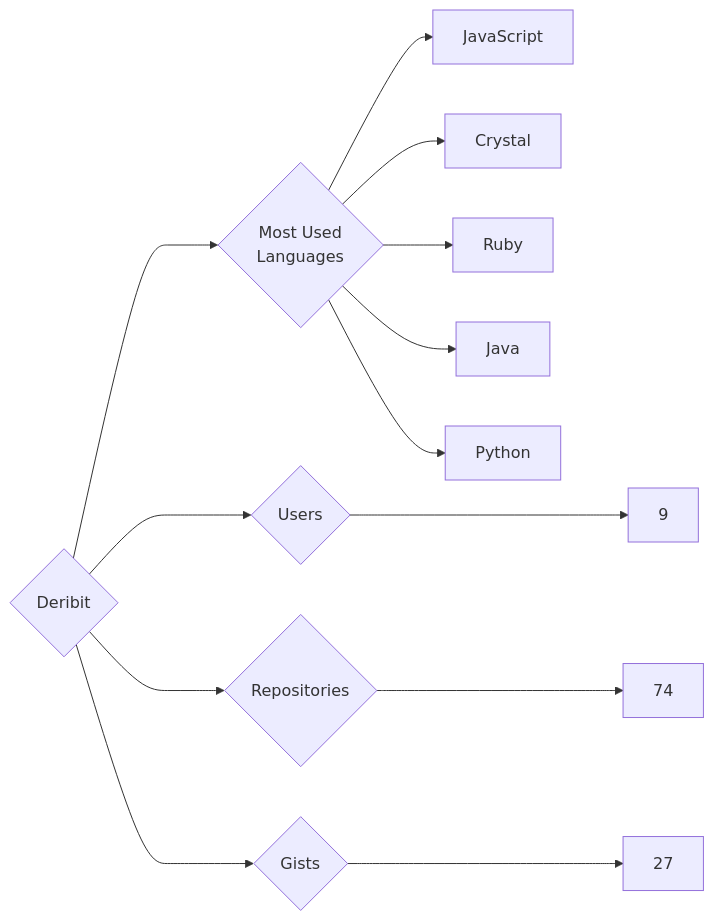
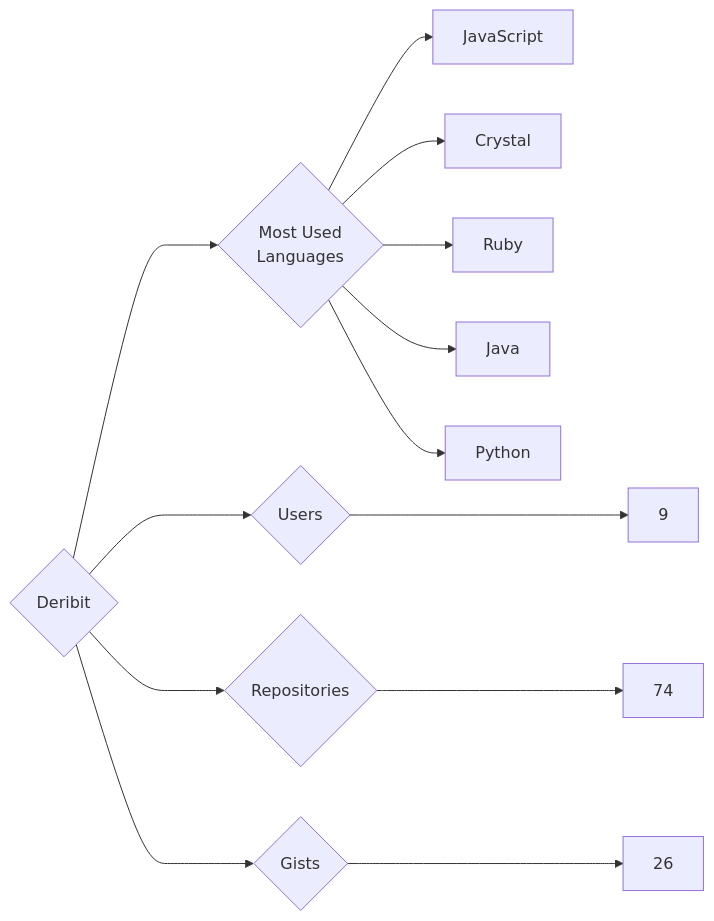
Before and after one commit to trickest/insiders: the diagram in targets/Deribit/README.md, drawn with Mermaid. The commit also changed 900 other files, not shown here.

````diff
--- a/targets/Deribit/README.md
+++ b/targets/Deribit/README.md
@@ -3,13 +3,13 @@
 ```mermaid
 graph LR
 COMPANY_NAME{Deribit}
 COMPANY_NAME ---> U{Users} ---> UN[9]
 COMPANY_NAME ---> R{Repositories} ---> RN[74]
-COMPANY_NAME ---> G{Gists} ---> GN[27]
+COMPANY_NAME ---> G{Gists} ---> GN[26]
 COMPANY_NAME ---> ML{Most Used<br>Languages}
 ML --> JavaScript[JavaScript]
 ML --> Crystal[Crystal]
 ML --> Ruby[Ruby]
 ML --> Java[Java]
 ML --> Python[Python]
 ```
````
